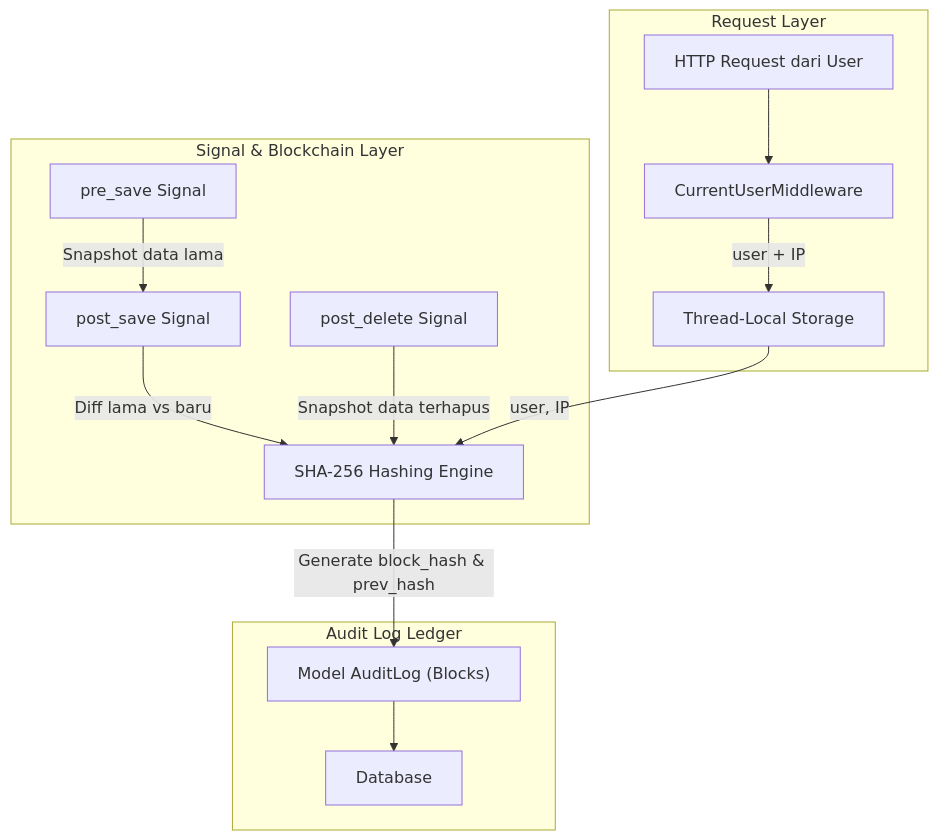
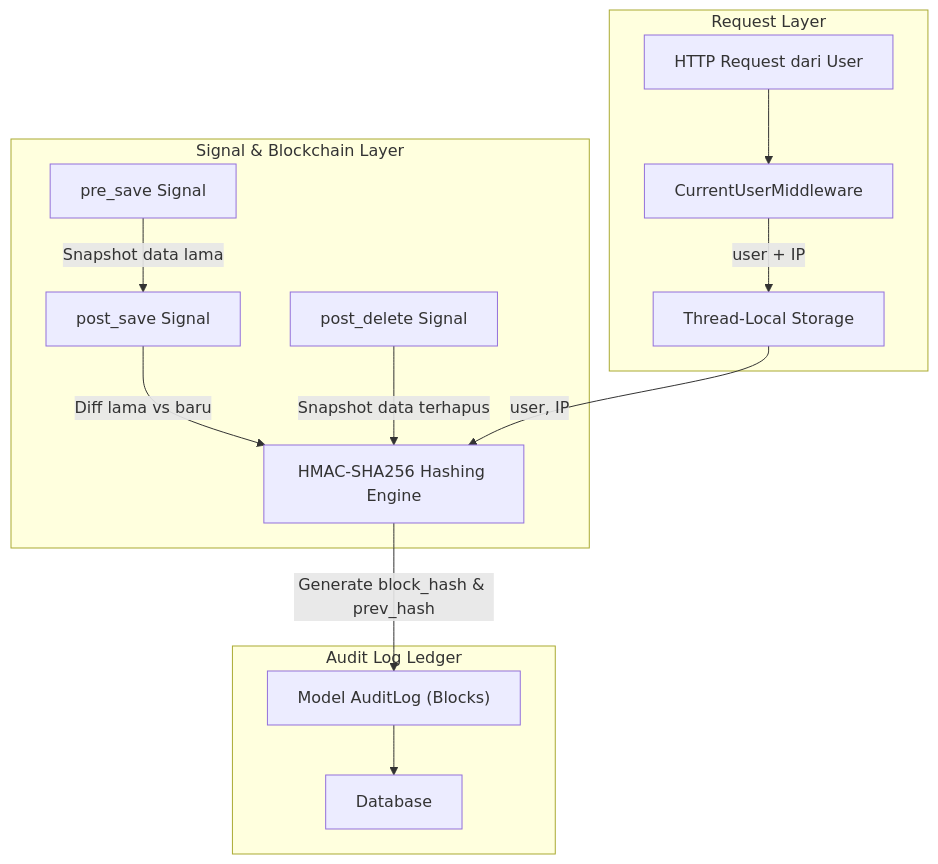
Before and after one commit to bmmcargo/dashboard-accountant: the seventh of 7 diagrams in README.md, drawn with Mermaid. The commit also changed other lines of this file and 7 other files, not shown here.

Commit message:
feat: enhance blockchain audit trail with HMAC-SHA256, add integrity verification tests, and improve documentation

````diff
--- a/README.md
+++ b/README.md
@@ -571,30 +573,30 @@
 ```mermaid
 graph TB
     subgraph "Request Layer"
         REQ["HTTP Request dari User"]
         MW["CurrentUserMiddleware"]
         TL["Thread-Local Storage"]
     end
 
     subgraph "Signal & Blockchain Layer"
         PRE["pre_save Signal"]
         POST["post_save Signal"]
         DEL["post_delete Signal"]
-        HASH["SHA-256 Hashing Engine"]
+        HASH["HMAC-SHA256 Hashing Engine"]
     end
 
     subgraph "Audit Log Ledger"
         AL["Model AuditLog (Blocks)"]
         DB["Database"]
     end
 
     REQ --> MW
     MW -->|"user + IP"| TL
 
     PRE -->|"Snapshot data lama"| POST
     POST -->|"Diff lama vs baru"| HASH
     DEL -->|"Snapshot data terhapus"| HASH
     TL -->|"user, IP"| HASH
     HASH -->|"Generate block_hash & prev_hash"| AL
     AL --> DB
 ```
````
